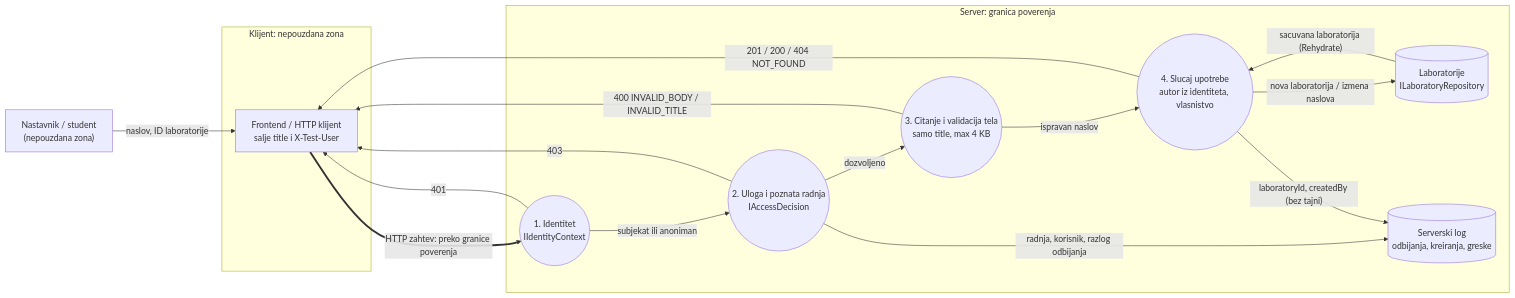
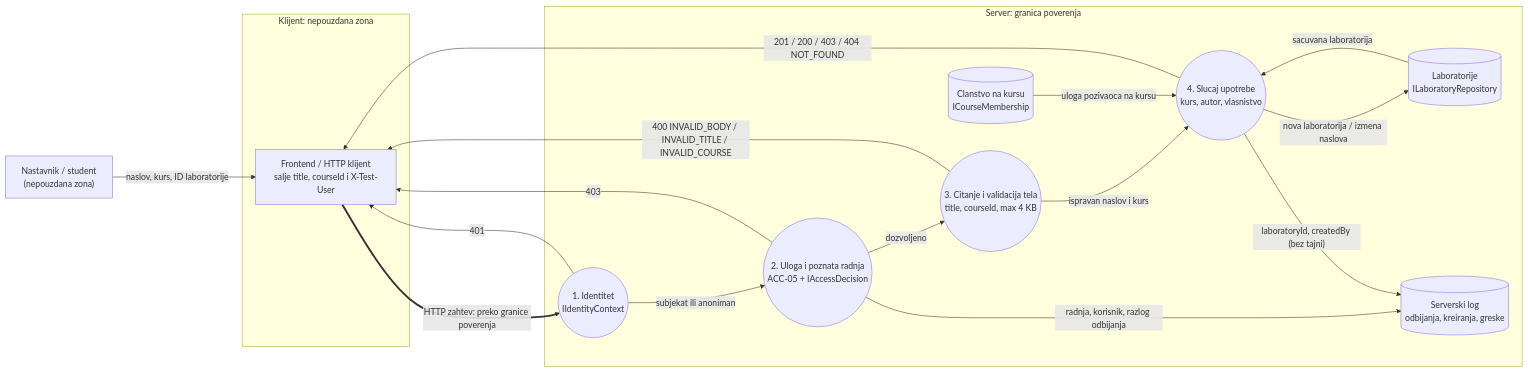
Before and after one commit to owlCoder/security-lab: the second of 2 diagrams in docs/components/LAB-01-api.md, drawn with Mermaid. The commit also changed other lines of this file, not shown here.

````diff
--- a/docs/components/LAB-01-api.md
+++ b/docs/components/LAB-01-api.md
@@ -83,33 +137,35 @@
 ```mermaid
 flowchart LR
   T["Nastavnik / student<br/>(nepouzdana zona)"]
 
   subgraph BROWSER["Klijent: nepouzdana zona"]
-    FE["Frontend / HTTP klijent<br/>salje title i X-Test-User"]
+    FE["Frontend / HTTP klijent<br/>salje title, courseId i X-Test-User"]
   end
 
-  T -->|"naslov, ID laboratorije"| FE
+  T -->|"naslov, kurs, ID laboratorije"| FE
 
   subgraph SERVER["Server: granica poverenja"]
     P1(("1. Identitet<br/>IIdentityContext"))
-    P2(("2. Uloga i poznata radnja<br/>IAccessDecision"))
-    P3(("3. Citanje i validacija tela<br/>samo title, max 4 KB"))
-    P4(("4. Slucaj upotrebe<br/>autor iz identiteta, vlasnistvo"))
+    P2(("2. Uloga i poznata radnja<br/>ACC-05 + IAccessDecision"))
+    P3(("3. Citanje i validacija tela<br/>title, courseId, max 4 KB"))
+    P4(("4. Slucaj upotrebe<br/>kurs, autor, vlasnistvo"))
     D1[("Laboratorije<br/>ILaboratoryRepository")]
+    D2[("Clanstvo na kursu<br/>ICourseMembership")]
     LOG[("Serverski log<br/>odbijanja, kreiranja, greske")]
 
     P1 -->|"subjekat ili anoniman"| P2
     P2 -->|"dozvoljeno"| P3
-    P3 -->|"ispravan naslov"| P4
+    P3 -->|"ispravan naslov i kurs"| P4
+    D2 -->|"uloga pozivaoca na kursu"| P4
     P4 -->|"nova laboratorija / izmena naslova"| D1
-    D1 -->|"sacuvana laboratorija (Rehydrate)"| P4
+    D1 -->|"sacuvana laboratorija"| P4
     P2 -->|"radnja, korisnik, razlog odbijanja"| LOG
     P4 -->|"laboratoryId, createdBy (bez tajni)"| LOG
   end
 
   FE ==>|"HTTP zahtev: preko granice poverenja"| P1
   P1 -->|"401"| FE
   P2 -->|"403"| FE
-  P3 -->|"400 INVALID_BODY / INVALID_TITLE"| FE
-  P4 -->|"201 / 200 / 404 NOT_FOUND"| FE
+  P3 -->|"400 INVALID_BODY / INVALID_TITLE / INVALID_COURSE"| FE
+  P4 -->|"201 / 200 / 403 / 404 NOT_FOUND"| FE
 ```
````
